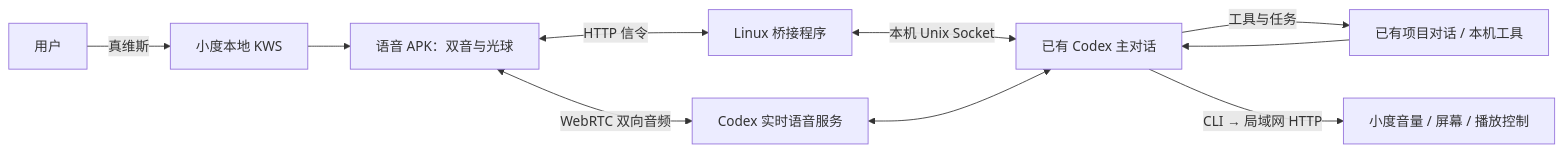
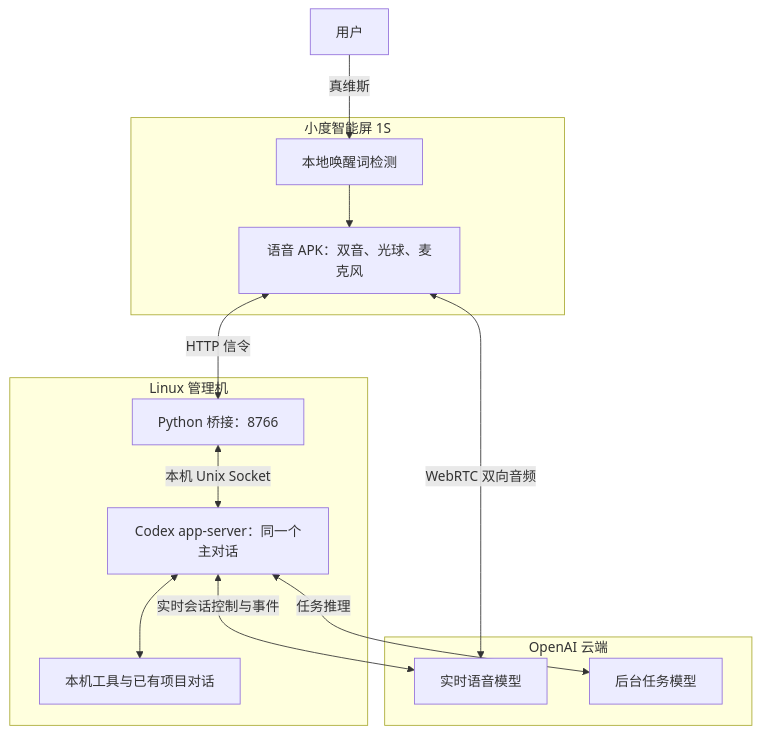
Before and after one commit to NoobMaster233/xiaodu-jarvis: the diagram in README.md, drawn with Mermaid. The commit also changed other lines of this file and 26 other files, not shown here.

````diff
--- a/README.md
+++ b/README.md
@@ -26,12 +26,25 @@
 ```mermaid
-flowchart LR
-  U[用户] -->|真维斯| K[小度本地 KWS]
-  K --> A[语音 APK：双音与光球]
-  A <-->|HTTP 信令| B[Linux 桥接程序]
-  B <-->|本机 Unix Socket| C[已有 Codex 主对话]
-  A <-->|WebRTC 双向音频| R[Codex 实时语音服务]
-  R <--> C
-  C -->|工具与任务| P[已有项目对话 / 本机工具]
-  P --> C
-  C -->|CLI → 局域网 HTTP| D[小度音量 / 屏幕 / 播放控制]
+flowchart TB
+  U[用户]
+  subgraph DEVICE[小度智能屏 1S]
+    K[本地唤醒词检测]
+    A[语音 APK：双音、光球、麦克风]
+    K --> A
+  end
+  subgraph HOST[Linux 管理机]
+    B[Python 桥接：8766]
+    C[Codex app-server：同一个主对话]
+    P[本机工具与已有项目对话]
+    B <-->|本机 Unix Socket| C
+    C <--> P
+  end
+  subgraph CLOUD[OpenAI 云端]
+    R[实时语音模型]
+    E[后台任务模型]
+  end
+  U -->|真维斯| K
+  A <-->|HTTP 信令| B
+  A <-->|WebRTC 双向音频| R
+  C <-->|实时会话控制与事件| R
+  C <-->|任务推理| E
 ```
````
